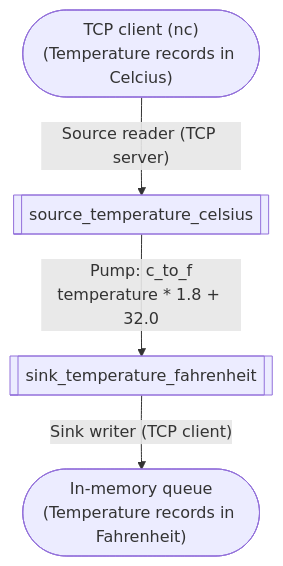
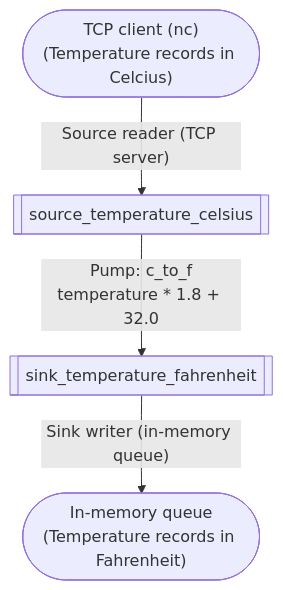
The first of 2 diagrams in docs/get-started/write-basic-apps.mdx (SpringQL/SpringQL.github.io), drawn with Mermaid before and after one commit. The commit also changed other lines of this file, not shown here.

````diff
--- a/docs/get-started/write-basic-apps.mdx
+++ b/docs/get-started/write-basic-apps.mdx
@@ -19,7 +19,7 @@
 ```mermaid
 graph TB
     fsrc(["TCP client (nc)<br>(Temperature records in Celcius)"]) -- "Source reader (TCP server)" -->
     src[[source_temperature_celsius]] -- Pump: c_to_f<br>temperature * 1.8 + 32.0 -->
-    sink[[sink_temperature_fahrenheit]] -- "Sink writer (TCP client)" -->
+    sink[[sink_temperature_fahrenheit]] -- "Sink writer (in-memory queue)" -->
     fsink(["In-memory queue<br>(Temperature records in Fahrenheit)"])
 ```
````
